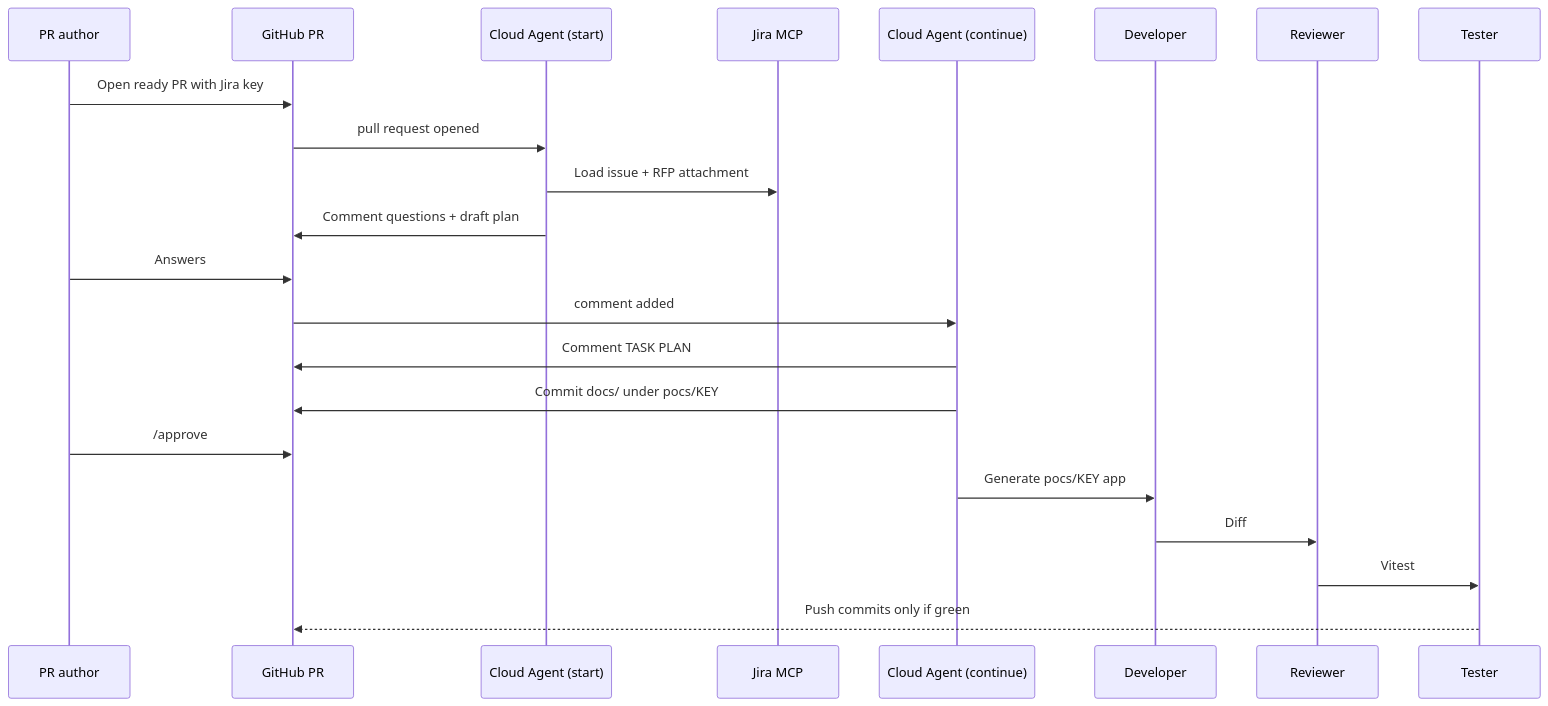
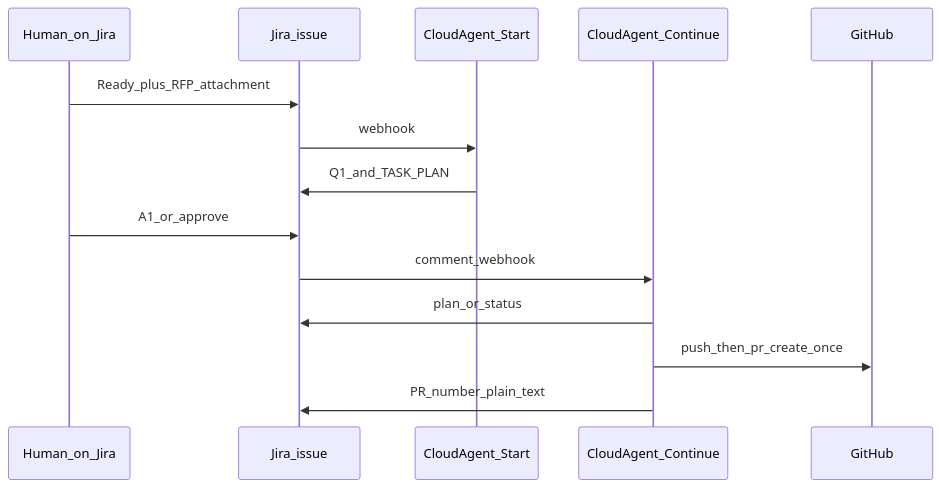
One commit to Omneya-Fathy/IRFPPOCCreator changed the diagram in Readme.md. Above: the diagram before and after it, drawn with Mermaid. The commit also changed other lines of this file and 33 other files, not shown here.

````diff
--- a/Readme.md
+++ b/Readme.md
@@ -99,25 +102,17 @@
 ```mermaid
 sequenceDiagram
-  participant Author as PR author
-  participant GH as GitHub PR
-  participant Start as Cloud Agent (start)
-  participant Jira as Jira MCP
-  participant Cont as Cloud Agent (continue)
-  participant Dev as Developer
-  participant Rev as Reviewer
-  participant Test as Tester
+  participant Human as Human_on_Jira
+  participant Jira as Jira_issue
+  participant Start as CloudAgent_Start
+  participant Cont as CloudAgent_Continue
+  participant GH as GitHub
 
-  Author->>GH: Open ready PR with Jira key
-  GH->>Start: pull request opened
-  Start->>Jira: Load issue + RFP attachment
-  Start->>GH: Comment questions + draft plan
-  Author->>GH: Answers
-  GH->>Cont: comment added
-  Cont->>GH: Comment TASK PLAN
-  Cont->>GH: Commit docs/ under pocs/KEY
-  Author->>GH: /approve
-  Cont->>Dev: Generate pocs/KEY app
-  Dev->>Rev: Diff
-  Rev->>Test: Vitest
-  Test-->>GH: Push commits only if green
+  Human->>Jira: Ready_plus_RFP_attachment
+  Jira->>Start: webhook
+  Start->>Jira: Q1_and_TASK_PLAN
+  Human->>Jira: A1_or_approve
+  Jira->>Cont: comment_webhook
+  Cont->>Jira: plan_or_status
+  Cont->>GH: push_then_pr_create_once
+  Cont->>Jira: PR_number_plain_text
 ```
````
